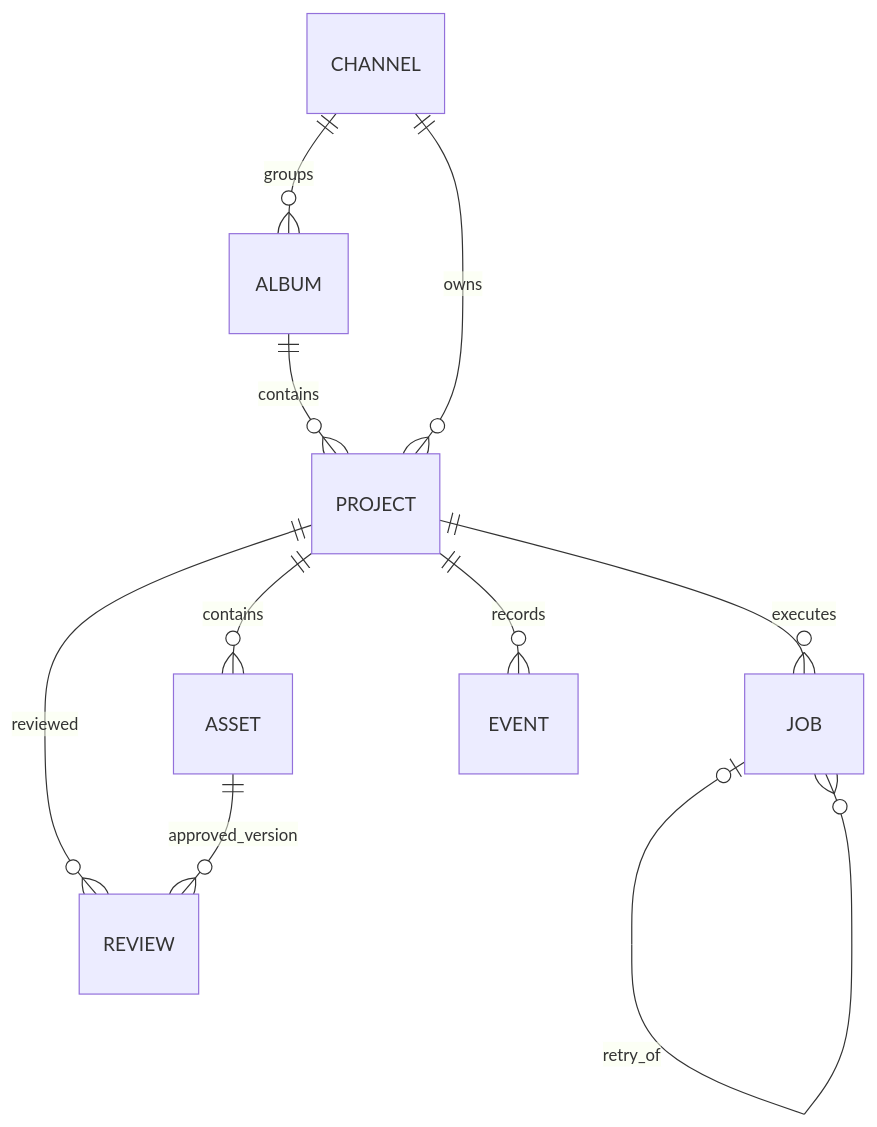
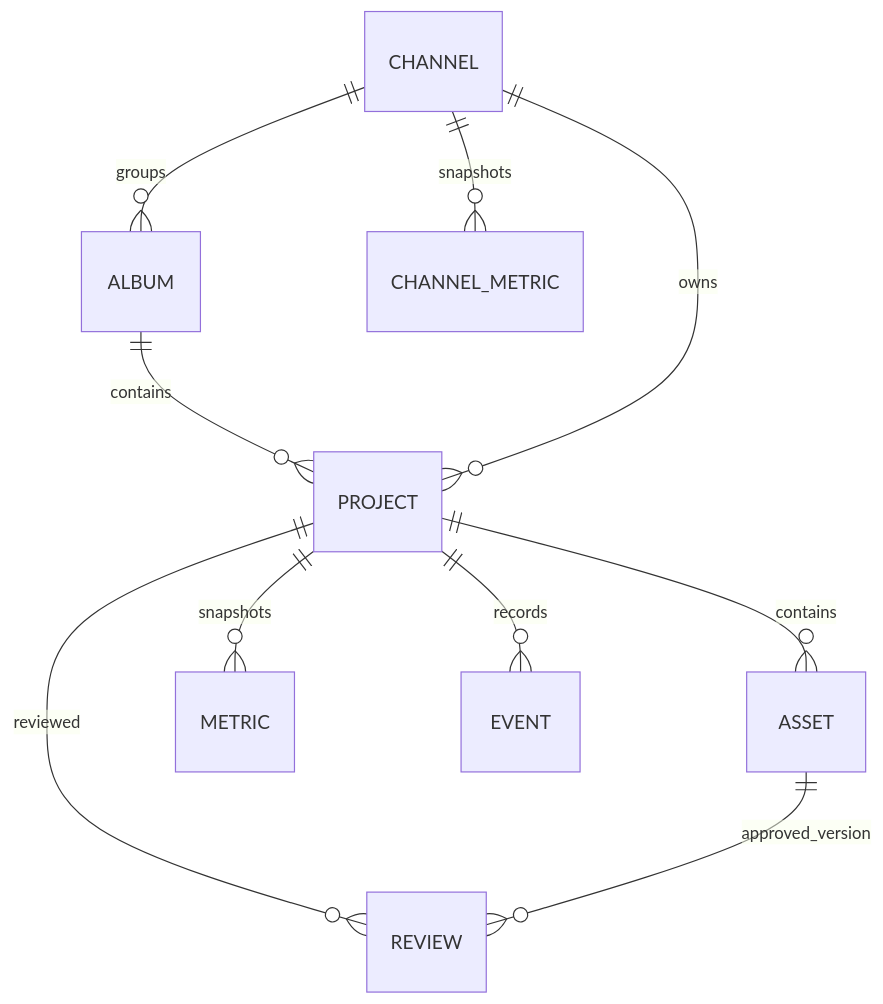
Before and after one commit to CTNone/KL_optimizing_youtube_channel: the second of 2 diagrams in CONTENT HUB/KIEN_TRUC_VA_PHAM_VI.md, drawn with Mermaid. The commit also changed other lines of this file and 15 other files, not shown here.

````diff
--- a/CONTENT HUB/KIEN_TRUC_VA_PHAM_VI.md
+++ b/CONTENT HUB/KIEN_TRUC_VA_PHAM_VI.md
@@ -47,12 +41,12 @@
 ```mermaid
 erDiagram
     CHANNEL ||--o{ ALBUM : groups
     ALBUM ||--o{ PROJECT : contains
     CHANNEL ||--o{ PROJECT : owns
     PROJECT ||--o{ ASSET : contains
     PROJECT ||--o{ REVIEW : reviewed
     ASSET ||--o{ REVIEW : approved_version
-    PROJECT ||--o{ JOB : executes
+    PROJECT ||--o{ METRIC : snapshots
+    CHANNEL ||--o{ CHANNEL_METRIC : snapshots
     PROJECT ||--o{ EVENT : records
-    JOB o|--o{ JOB : retry_of
 ```
````
